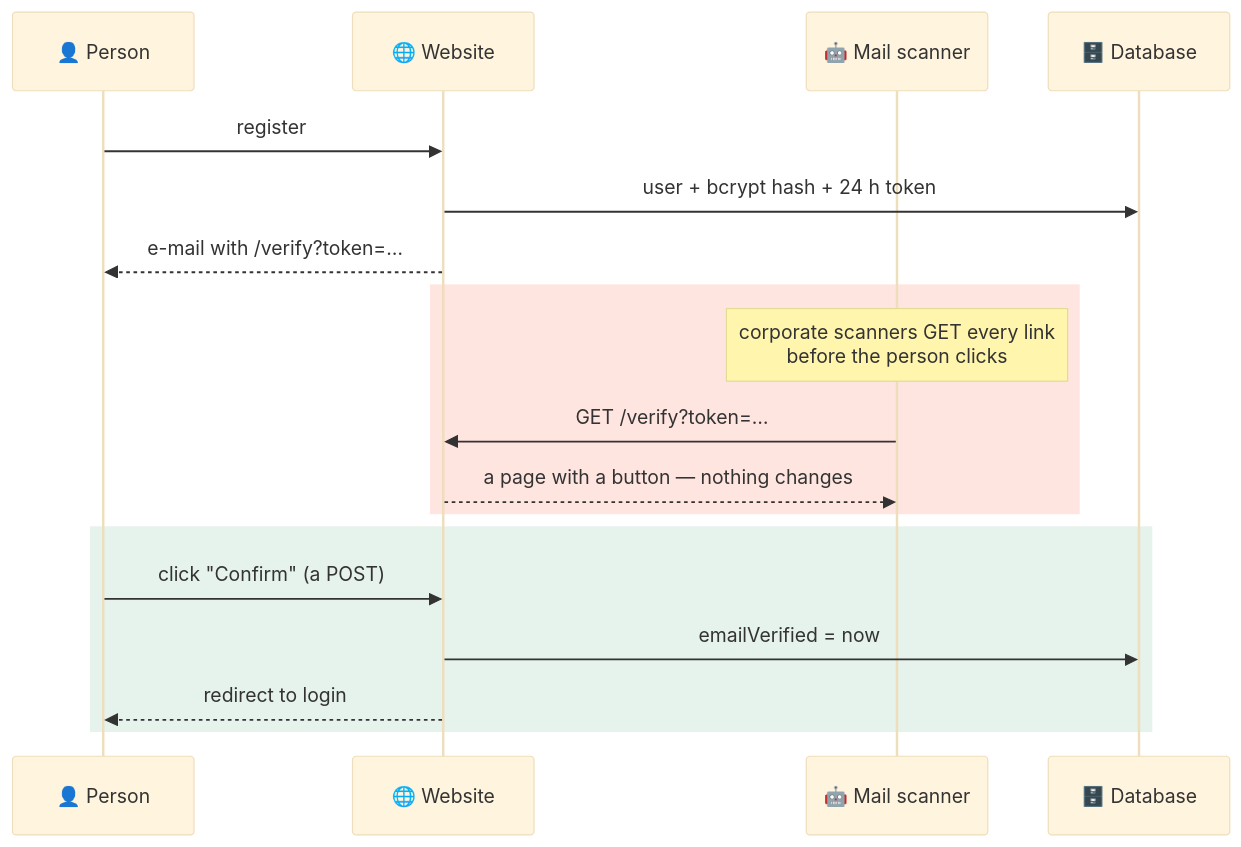
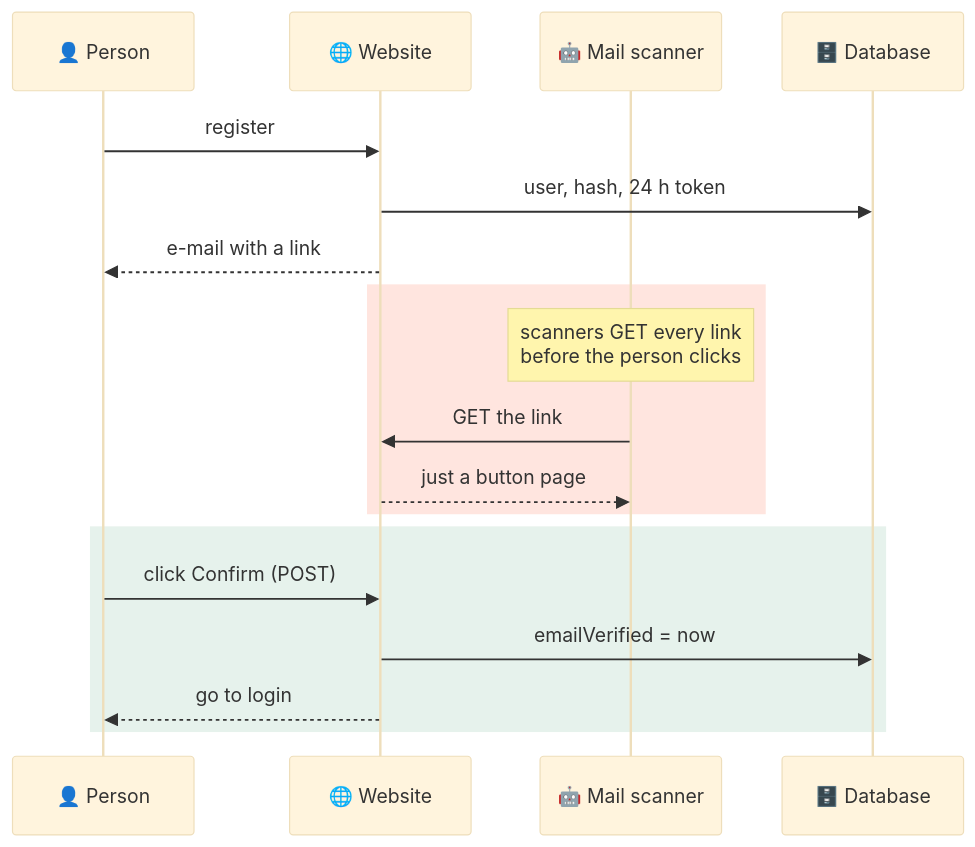
Before and after one commit to McMaster-Battery-Research-Group/battery-soc-benchmark: the first of 4 diagrams in docs/walkthrough/08-authentication-and-accounts.md, drawn with Mermaid (base theme). The commit also changed other lines of this file and 10 other files, not shown here.

Commit message:
Walkthrough: every diagram now fits GitHub's content column (no scaling), larger timeline fonts, bigger logos

````diff
--- a/docs/walkthrough/08-authentication-and-accounts.md
+++ b/docs/walkthrough/08-authentication-and-accounts.md
@@ -9,21 +9,21 @@
 ```mermaid
 sequenceDiagram
     participant P as 👤 Person
     participant W as 🌐 Website
     participant M as 🤖 Mail scanner
     participant DB as 🗄️ Database
 
     P->>W: register
-    W->>DB: user + bcrypt hash + 24 h token
-    W-->>P: e-mail with /verify?token=…
+    W->>DB: user, hash, 24 h token
+    W-->>P: e-mail with a link
     rect rgb(255,229,223)
-    Note over M: corporate scanners GET every link<br/>before the person clicks
-    M->>W: GET /verify?token=…
-    W-->>M: a page with a button — nothing changes
+    Note over M: scanners GET every link<br/>before the person clicks
+    M->>W: GET the link
+    W-->>M: just a button page
     end
     rect rgb(230,242,236)
-    P->>W: click "Confirm" (a POST)
+    P->>W: click Confirm (POST)
     W->>DB: emailVerified = now
-    W-->>P: redirect to login
+    W-->>P: go to login
     end
 ```
````
